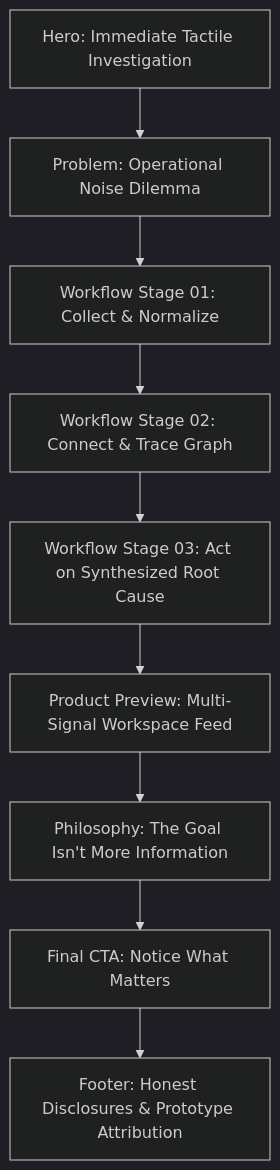
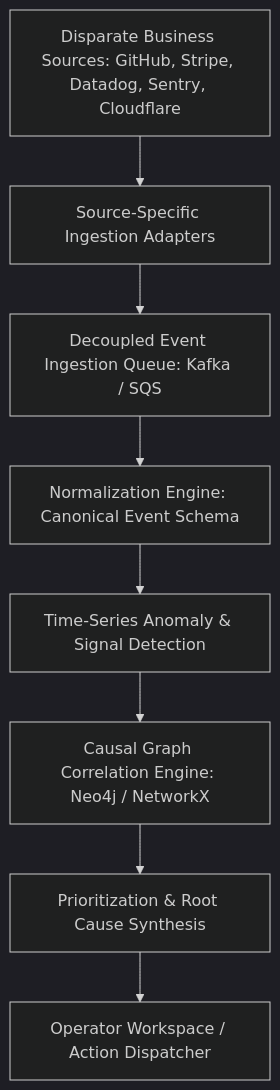
The fourth of 7 diagrams in DECISIONS.md (Yuvraj264/Signal-Acdyon-company-), drawn with Mermaid (dark theme) before and after one commit. The commit also changed other lines of this file and 4 other files, not shown here.

````diff
--- a/DECISIONS.md
+++ b/DECISIONS.md
@@ -232,11 +115,10 @@
 ```mermaid
 flowchart TD
-    A[Hero: Immediate Tactile Investigation] --> B[Problem: Operational Noise Dilemma]
-    B --> C[Workflow Stage 01: Collect & Normalize]
-    C --> D[Workflow Stage 02: Connect & Trace Graph]
-    D --> E[Workflow Stage 03: Act on Synthesized Root Cause]
-    E --> F[Product Preview: Multi-Signal Workspace Feed]
-    F --> G[Philosophy: The Goal Isn't More Information]
-    G --> H[Final CTA: Notice What Matters]
-    H --> I[Footer: Honest Disclosures & Prototype Attribution]
+    A[Disparate Business Sources: GitHub, Stripe, Datadog, Sentry, Cloudflare] --> B[Source-Specific Ingestion Adapters]
+    B --> C[Decoupled Event Ingestion Queue: Kafka / SQS]
+    C --> D[Normalization Engine: Canonical Event Schema]
+    D --> E[Time-Series Anomaly & Signal Detection]
+    E --> F[Causal Graph Correlation Engine: Neo4j / NetworkX]
+    F --> G[Prioritization & Root Cause Synthesis]
+    G --> H[Operator Workspace / Action Dispatcher]
 ```
````
